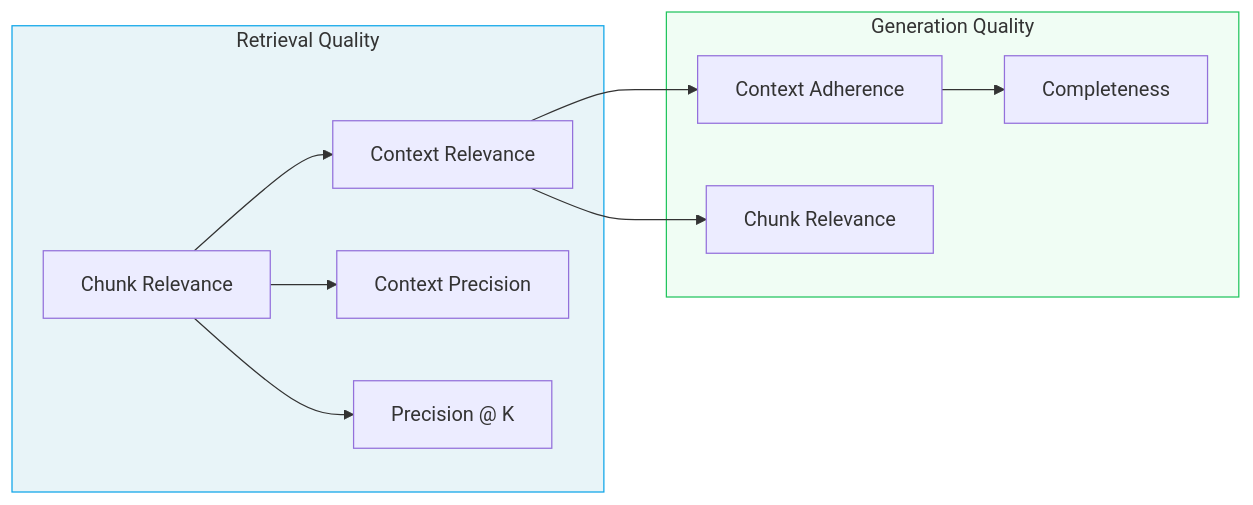
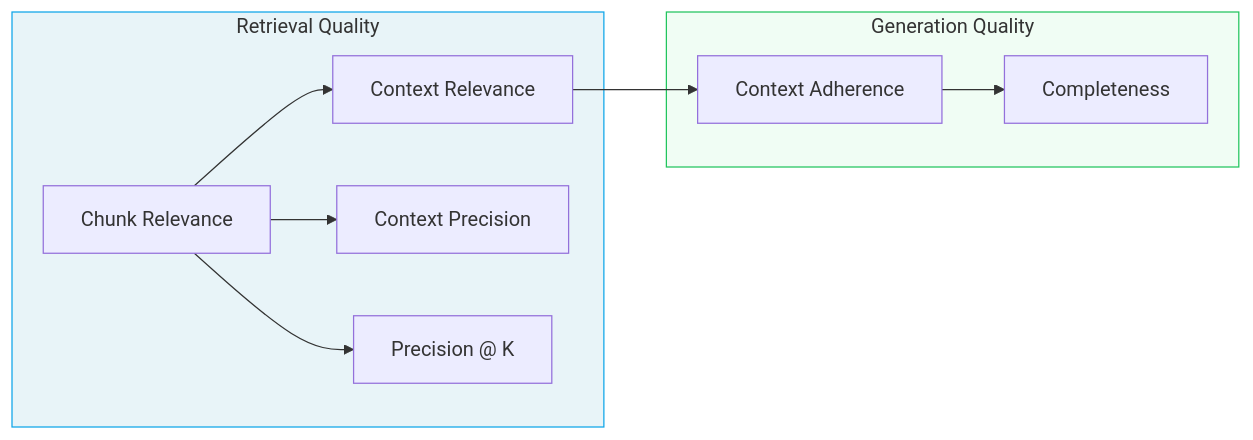
The diagram in concepts/metrics/rag/rag-overview.mdx (rungalileo/docs-official), drawn with Mermaid before and after one commit. The commit also changed other lines of this file and 7 other files, not shown here.

````diff
--- a/concepts/metrics/rag/rag-overview.mdx
+++ b/concepts/metrics/rag/rag-overview.mdx
@@ -64,25 +55,23 @@
 ```mermaid
 flowchart LR
     subgraph Retrieval["Retrieval Quality"]
         CR[Chunk Relevance]
         CTR[Context Relevance]
         CP[Context Precision]
         PK[Precision @ K]
     end
 
     subgraph Generation["Generation Quality"]
         CA[Context Adherence]
-        CAU[Chunk Relevance]
         COMP[Completeness]
     end
 
     CR --> CP
     CR --> PK
     CR --> CTR
     CTR --> CA
     CA --> COMP
-    CTR --> CAU
 
     style Retrieval fill:#e8f4f8,stroke:#0ea5e9
     style Generation fill:#f0fdf4,stroke:#22c55e
 ```
````
